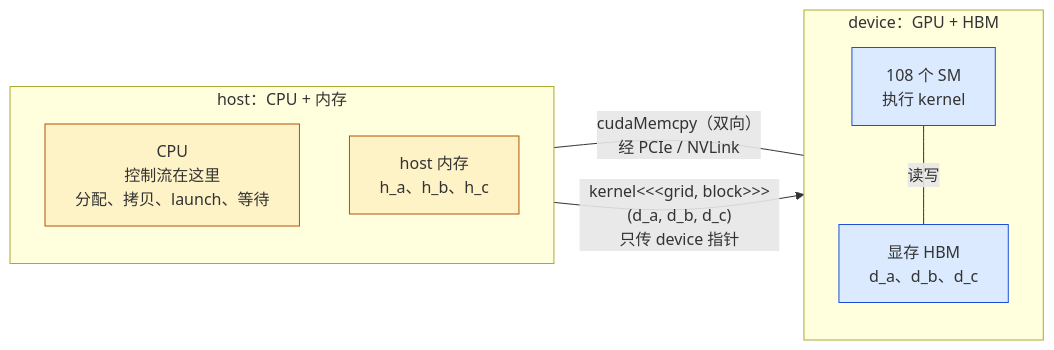
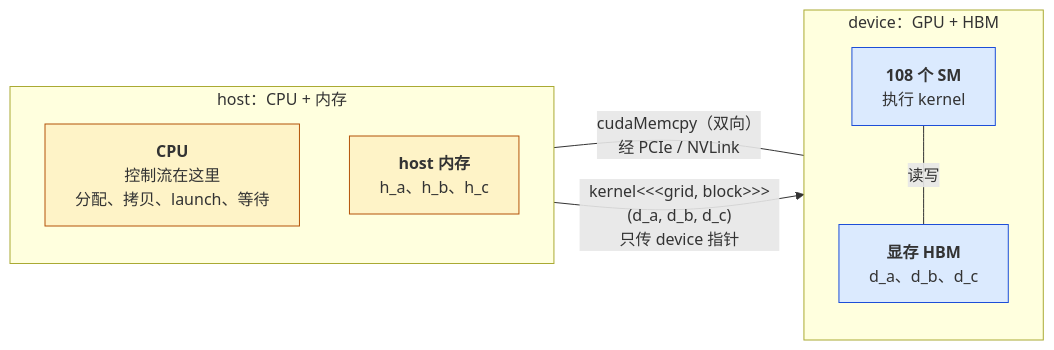
One commit to arganzheng/arganzheng.github.com changed the first of 7 diagrams in _posts/2026-05-12-cuda-programming-model-and-first-kernel.md. Above: the diagram before and after it, drawn with Mermaid. The commit also changed other lines of this file and 10 other files, not shown here.

First line of the commit message:
GPU Kernel 工程：从 CUDA 执行模型到 FlashAttention：Mermaid 多行方框的首行标为标题（11 篇）

````diff
--- a/_posts/2026-05-12-cuda-programming-model-and-first-kernel.md
+++ b/_posts/2026-05-12-cuda-programming-model-and-first-kernel.md
@@ -56,19 +56,19 @@
 ```mermaid
 %% 图：两个处理器、两个地址空间：host 内存与显存之间只有显式拷贝，CPU 只传 device 指针发射 kernel
 flowchart LR
     classDef h fill:#fef3c7,stroke:#b45309
     classDef d fill:#dbeafe,stroke:#1d4ed8
     subgraph HOST["host：CPU + 内存"]
         direction TB
-        CPU["CPU<br/>控制流在这里<br/>分配、拷贝、launch、等待"]:::h
-        HM["host 内存<br/>h_a、h_b、h_c"]:::h
+        CPU["<b>CPU</b><br/>控制流在这里<br/>分配、拷贝、launch、等待"]:::h
+        HM["<b>host 内存</b><br/>h_a、h_b、h_c"]:::h
     end
     subgraph DEV["device：GPU + HBM"]
         direction TB
-        SMs["108 个 SM<br/>执行 kernel"]:::d
-        DM["显存 HBM<br/>d_a、d_b、d_c"]:::d
+        SMs["<b>108 个 SM</b><br/>执行 kernel"]:::d
+        DM["<b>显存 HBM</b><br/>d_a、d_b、d_c"]:::d
     end
     HM ---|"cudaMemcpy（双向）<br/>经 PCIe / NVLink"| DM
     CPU -->|"kernel#lt;#lt;#lt;grid, block#gt;#gt;#gt;(d_a, d_b, d_c)<br/>只传 device 指针"| SMs
     SMs ---|"读写"| DM
 ```
````
